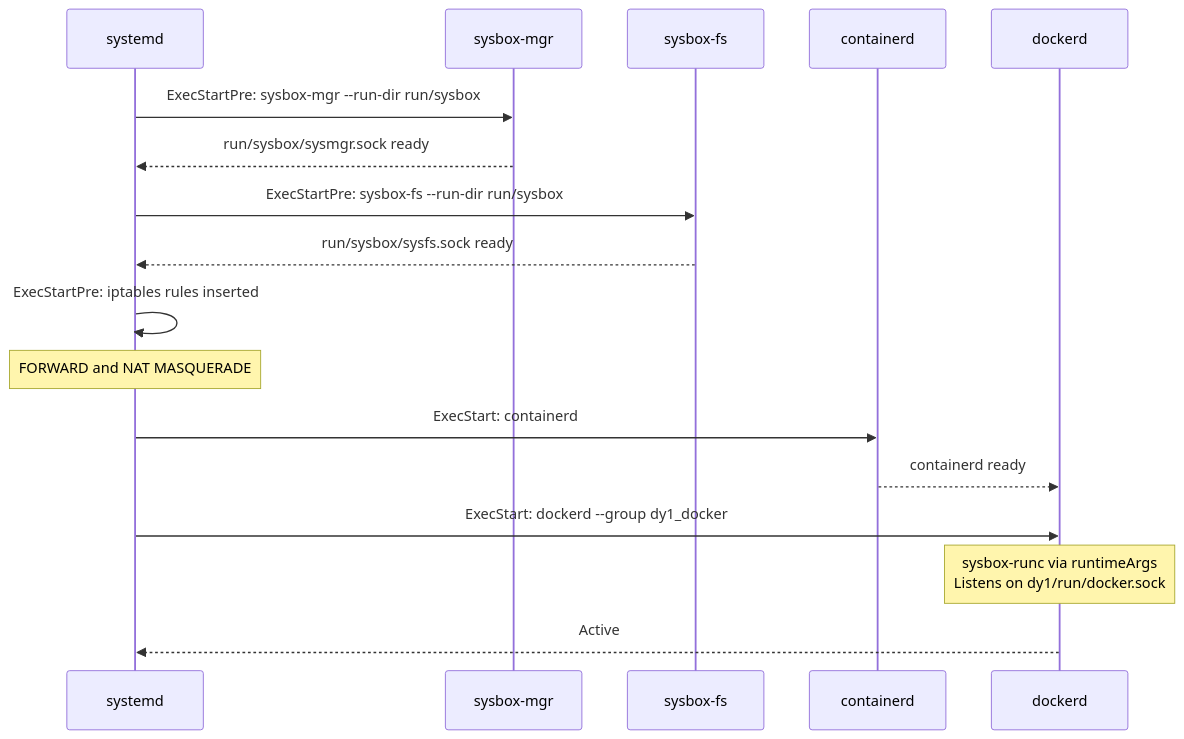
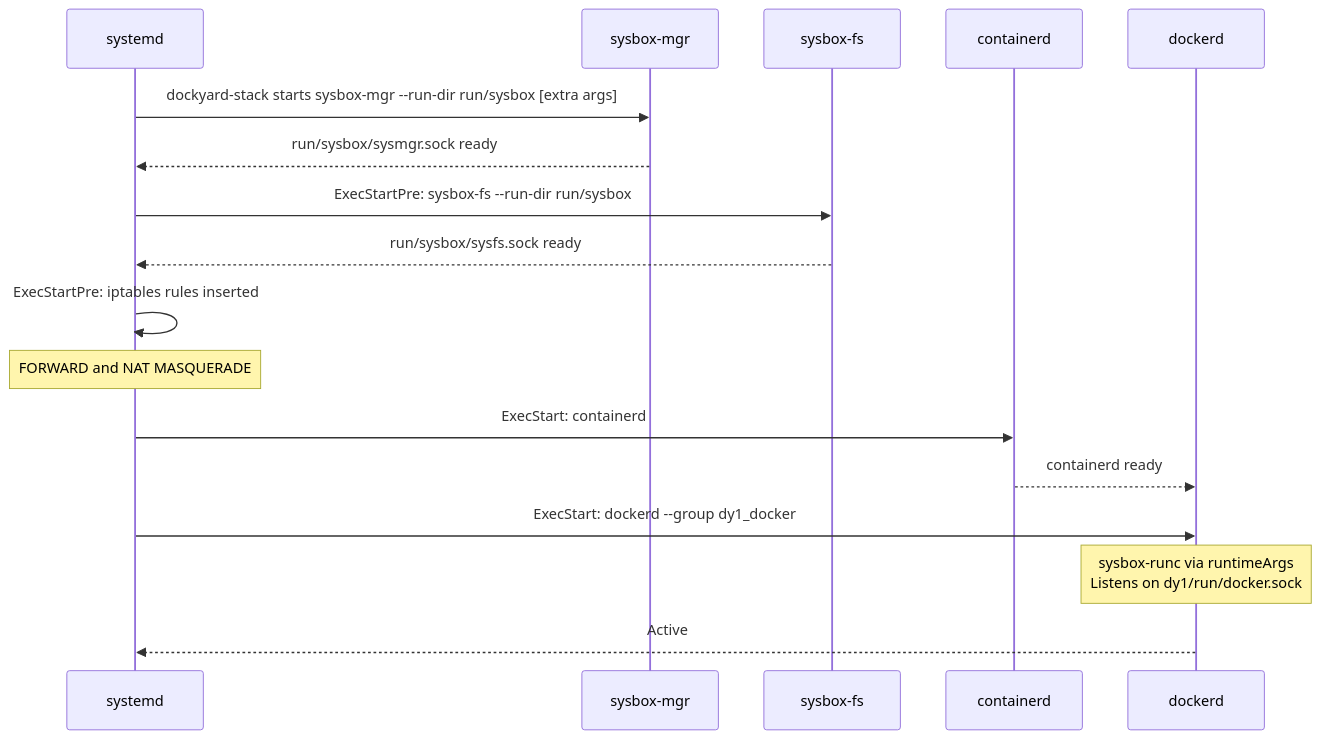
Before and after one commit to thieso2/dockyard: the third of 6 diagrams in ARCHITECTURE.md, drawn with Mermaid. The commit also changed other lines of this file and 13 other files, not shown here.

````diff
--- a/ARCHITECTURE.md
+++ b/ARCHITECTURE.md
@@ -234,24 +238,24 @@
 ```mermaid
 sequenceDiagram
     participant SD as systemd
     participant SM as sysbox-mgr
     participant SF as sysbox-fs
     participant CT as containerd
     participant DK as dockerd
 
-    SD->>SM: ExecStartPre: sysbox-mgr --run-dir run/sysbox
+    SD->>SM: dockyard-stack starts sysbox-mgr --run-dir run/sysbox [extra args]
     SM-->>SD: run/sysbox/sysmgr.sock ready
 
     SD->>SF: ExecStartPre: sysbox-fs --run-dir run/sysbox
     SF-->>SD: run/sysbox/sysfs.sock ready
 
     SD->>SD: ExecStartPre: iptables rules inserted
     Note over SD: FORWARD and NAT MASQUERADE
 
     SD->>CT: ExecStart: containerd
     CT-->>DK: containerd ready
 
     SD->>DK: ExecStart: dockerd --group dy1_docker
     Note over DK: sysbox-runc via runtimeArgs<br/>Listens on dy1/run/docker.sock
     DK-->>SD: Active
 ```
````
